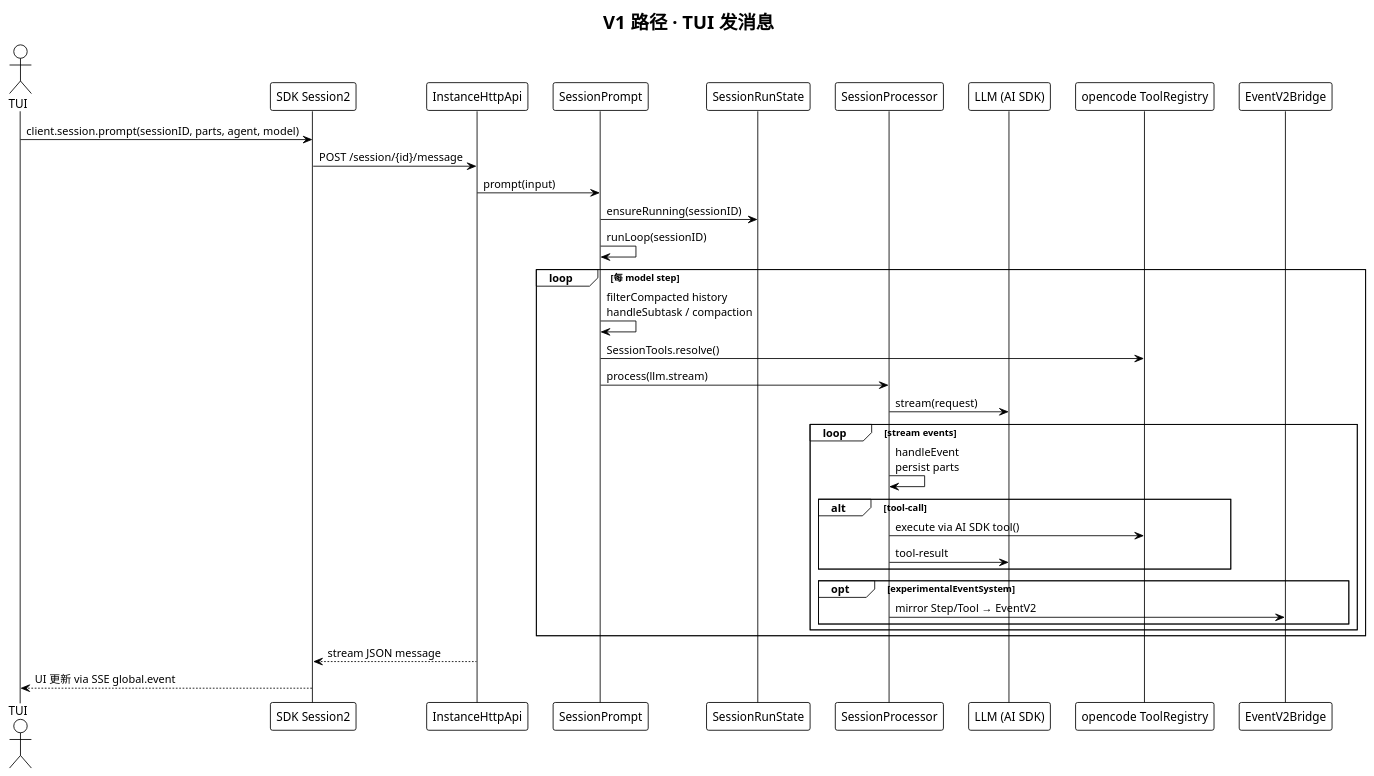
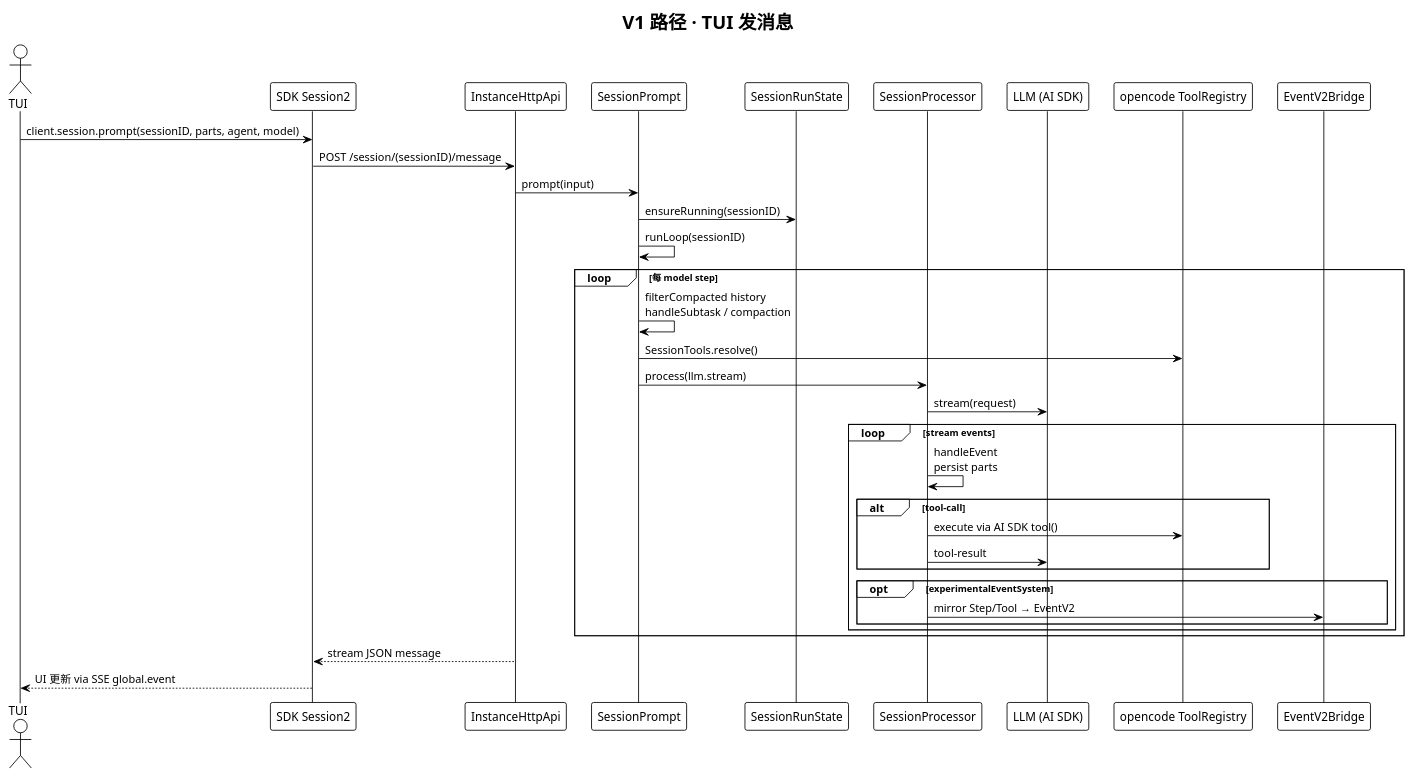
The seventh of 18 diagrams in liukaining_watch/OpenCode架构图解.md (liu-kaining/opencode), drawn with PlantUML before and after one commit. The commit also changed other lines of this file and 8 other files, not shown here.

First line of the commit message:
docs(liukaining_watch): embed diagrams as Kroki and PlantUML code blocks

````diff
--- a/liukaining_watch/OpenCode架构图解.md
+++ b/liukaining_watch/OpenCode架构图解.md
@@ -326,45 +520,45 @@
 ```plantuml
 @startuml v1-tui-prompt
 !theme plain
 title V1 路径 · TUI 发消息
 
 actor TUI
 participant "SDK Session2" as SDK
 participant "InstanceHttpApi" as HTTP
 participant "SessionPrompt" as SP
 participant "SessionRunState" as RS
 participant "SessionProcessor" as Proc
 participant "LLM (AI SDK)" as LLM
 participant "opencode ToolRegistry" as Tools
 participant "EventV2Bridge" as Bridge
 
 TUI -> SDK: client.session.prompt(sessionID, parts, agent, model)
-SDK -> HTTP: POST /session/{id}/message
+SDK -> HTTP: POST /session/(sessionID)/message
 HTTP -> SP: prompt(input)
 
 SP -> RS: ensureRunning(sessionID)
 SP -> SP: runLoop(sessionID)
 
 loop 每 model step
   SP -> SP: filterCompacted history\nhandleSubtask / compaction
   SP -> Tools: SessionTools.resolve()
   SP -> Proc: process(llm.stream)
   Proc -> LLM: stream(request)
 
   loop stream events
     Proc -> Proc: handleEvent\npersist parts
     alt tool-call
       Proc -> Tools: execute via AI SDK tool()
       Proc -> LLM: tool-result
     end
     opt experimentalEventSystem
       Proc -> Bridge: mirror Step/Tool → EventV2
     end
   end
 end
 
 HTTP --> SDK: stream JSON message
 SDK --> TUI: UI 更新 via SSE global.event
 
 @enduml
 ```
````
